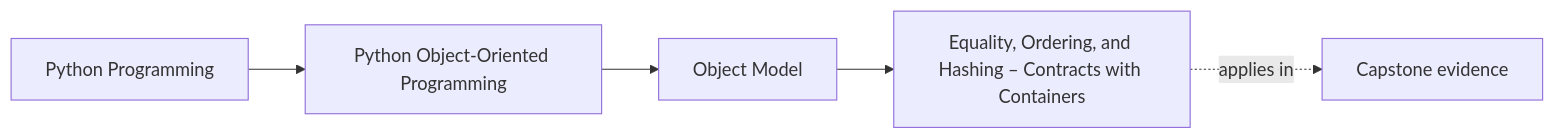
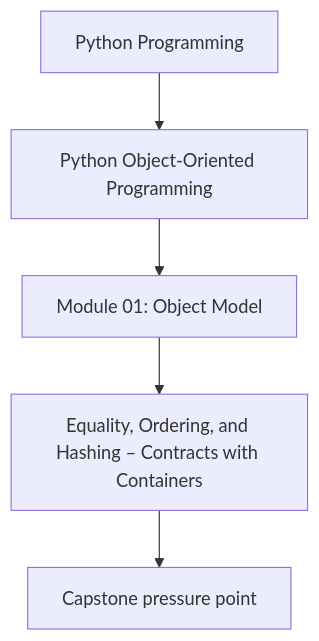
The first of 2 diagrams in programs/python-programming/python-object-oriented-programming/course-book/module-01-object-model/equality-ordering-and-hashing.md (bijux/bijux-masterclass), drawn with Mermaid before and after one commit. The commit also changed other lines of this file and 107 other files, not shown here.

Commit message:
docs(python-object-oriented-programming): align concept page diagrams

````diff
--- a/programs/python-programming/python-object-oriented-programming/course-book/module-01-object-model/equality-ordering-and-hashing.md
+++ b/programs/python-programming/python-object-oriented-programming/course-book/module-01-object-model/equality-ordering-and-hashing.md
@@ -7,11 +7,7 @@
 ```mermaid
-graph LR
-  family["Python Programming"]
-  program["Python Object-Oriented Programming"]
-  section["Object Model"]
-  page["Equality, Ordering, and Hashing – Contracts with Containers"]
-  capstone["Capstone evidence"]
-
-  family --> program --> section --> page
-  page -.applies in.-> capstone
+flowchart TD
+  family["Python Programming"] --> program["Python Object-Oriented Programming"]
+  program --> module["Module 01: Object Model"]
+  module --> concept["Equality, Ordering, and Hashing – Contracts with Containers"]
+  concept --> capstone["Capstone pressure point"]
 ```
````
